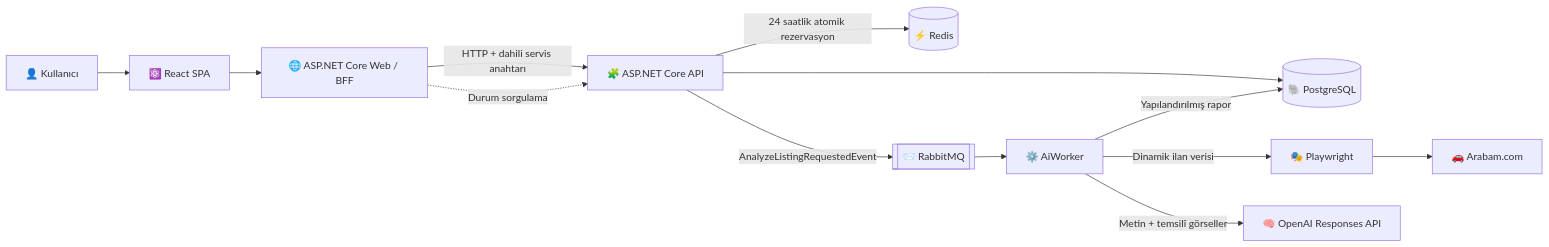
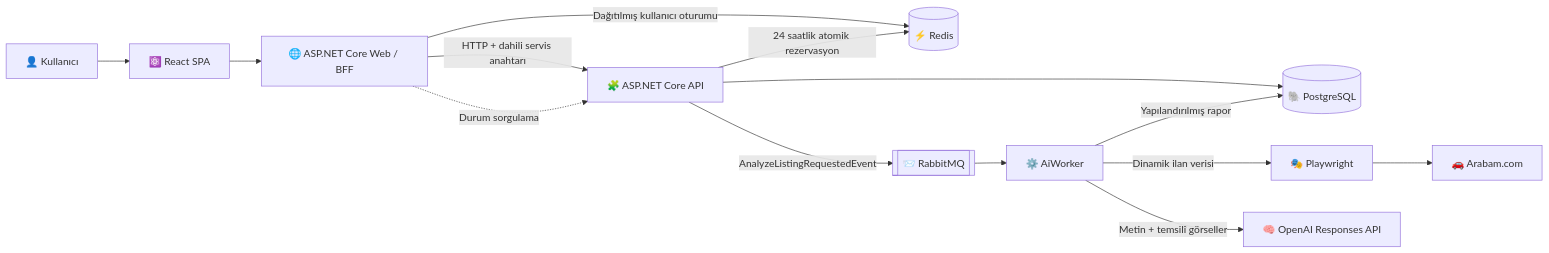
Before and after one commit to okannakinns/carlens-ai: the diagram in README.md, drawn with Mermaid. The commit also changed other lines of this file and 7 other files, not shown here.

````diff
--- a/README.md
+++ b/README.md
@@ -87,18 +87,19 @@
 ```mermaid
 flowchart LR
     U["👤 Kullanıcı"] --> SPA["⚛️ React SPA"]
     SPA --> BFF["🌐 ASP.NET Core Web / BFF"]
     BFF -->|"HTTP + dahili servis anahtarı"| API["🧩 ASP.NET Core API"]
+    BFF -->|"Dağıtılmış kullanıcı oturumu"| REDIS[("⚡ Redis")]
 
     API --> DB[("🐘 PostgreSQL")]
     API -->|"24 saatlik atomik rezervasyon"| REDIS[("⚡ Redis")]
     API -->|"AnalyzeListingRequestedEvent"| MQ[["📨 RabbitMQ"]]
 
     MQ --> WORKER["⚙️ AiWorker"]
     WORKER -->|"Dinamik ilan verisi"| BROWSER["🎭 Playwright"]
     BROWSER --> SOURCE["🚗 Arabam.com"]
     WORKER -->|"Metin + temsilî görseller"| OPENAI["🧠 OpenAI Responses API"]
     WORKER -->|"Yapılandırılmış rapor"| DB
 
     BFF -. "Durum sorgulama" .-> API
 ```
````
